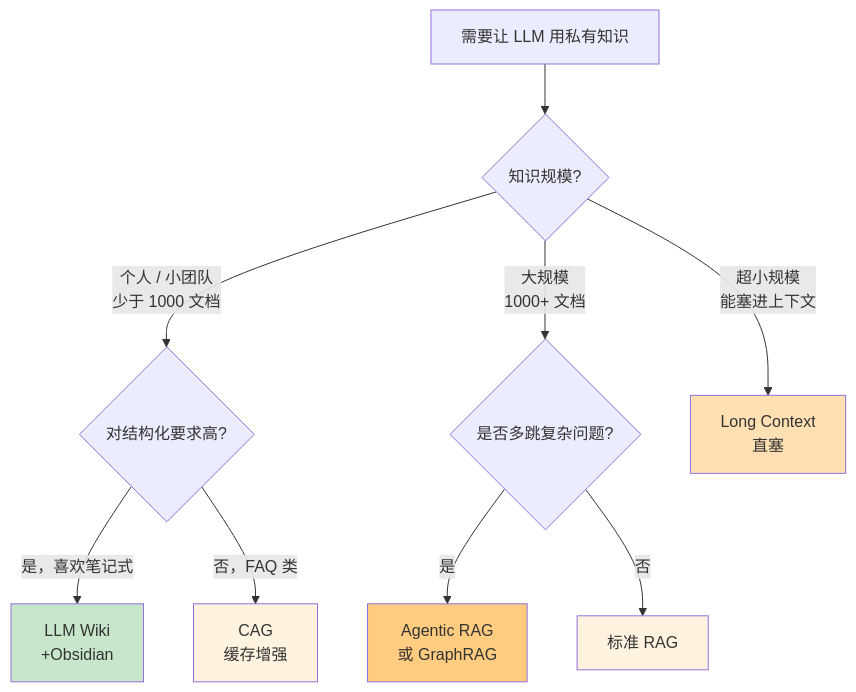
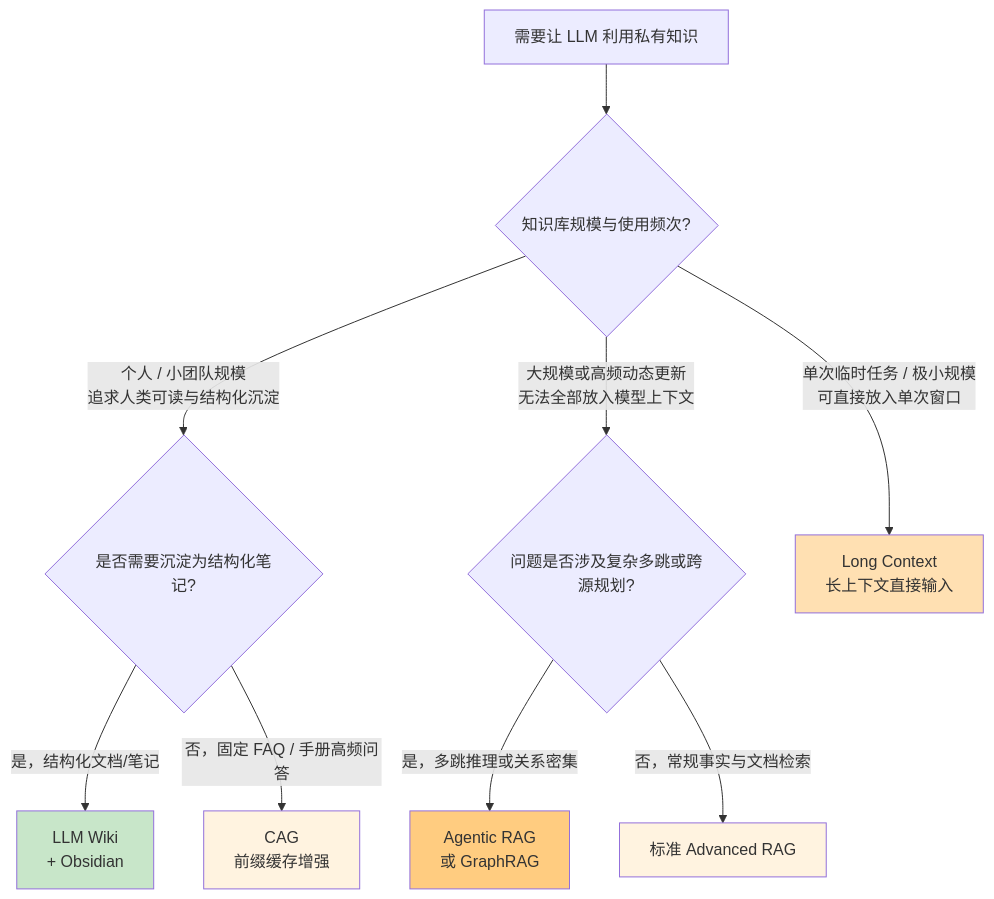
Before and after one commit to GuoWWWX/knowledge-base: the sixth of 14 diagrams in 10-AI应用开发/00-总览/AI应用开发学习路径.md, drawn with Mermaid. The commit also changed other lines of this file and 251 other files, not shown here.

````diff
--- a/10-AI应用开发/00-总览/AI应用开发学习路径.md
+++ b/10-AI应用开发/00-总览/AI应用开发学习路径.md
@@ -866,19 +832,19 @@
 ```mermaid
 flowchart TD
-    A[需要让 LLM 用私有知识] --> B{知识规模?}
-    B -->|个人 / 小团队<br/>少于 1000 文档| C{对结构化要求高?}
-    B -->|大规模<br/>1000+ 文档| D{是否多跳复杂问题?}
-    B -->|超小规模<br/>能塞进上下文| E[Long Context<br/>直塞]
+    A[需要让 LLM 利用私有知识] --> B{知识库规模与使用频次?}
+    B -->|个人 / 小团队规模<br/>追求人类可读与结构化沉淀| C{是否需要沉淀为结构化笔记?}
+    B -->|大规模或高频动态更新<br/>无法全部放入模型上下文| D{问题是否涉及复杂多跳或跨源规划?}
+    B -->|单次临时任务 / 极小规模<br/>可直接放入单次窗口| E[Long Context<br/>长上下文直接输入]
     
-    C -->|是，喜欢笔记式| F[LLM Wiki<br/>+Obsidian]
-    C -->|否，FAQ 类| G[CAG<br/>缓存增强]
+    C -->|是，结构化文档/笔记| F[LLM Wiki<br/>+ Obsidian]
+    C -->|否，固定 FAQ / 手册高频问答| G[CAG<br/>前缀缓存增强]
     
-    D -->|是| H[Agentic RAG<br/>或 GraphRAG]
-    D -->|否| I[标准 RAG]
+    D -->|是，多跳推理或关系密集| H[Agentic RAG<br/>或 GraphRAG]
+    D -->|否，常规事实与文档检索| I[标准 Advanced RAG]
     
     style F fill:#c8e6c9
     style G fill:#fff3e0
     style I fill:#fff3e0
     style E fill:#ffe0b2
     style H fill:#ffcc80
 ```
````
